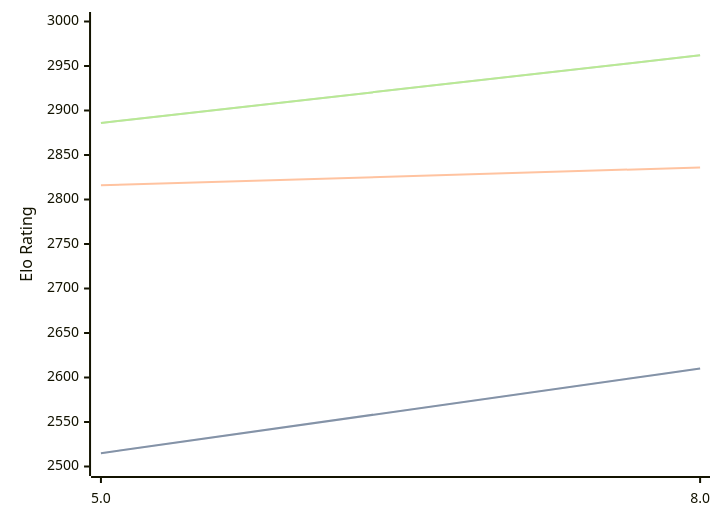
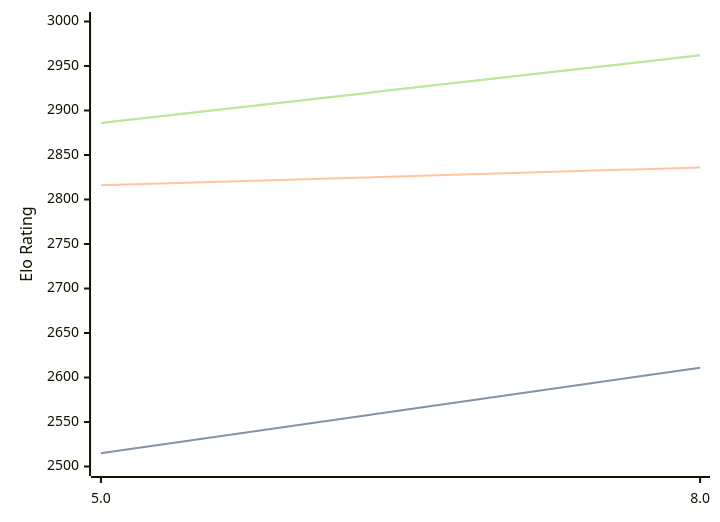
Before and after one commit to computer-chess-index/cci: the diagram in engines/4kc.md, drawn with Mermaid. The commit also changed other lines of this file, not shown here.

Commit message:
Update CCI Ratings (ELO VLTC) - 2026-04-06

````diff
--- a/engines/4kc.md
+++ b/engines/4kc.md
@@ -41,11 +41,11 @@
 ```mermaid
 %%{init: {"theme":"base","themeVariables":{"seriesColors:['#a3a3a3','#222221','#faa371']}}}%%
 xychart-beta
   x-axis ["5.0", "8.0"]
   y-axis "Elo Rating" 2500 --> 3000
-  line "STC (8.0+0.08s)" [2515, 2610]
-  line "STC (8.0+0.08s)" [2515, 2610]
+  line "STC (8.0+0.08s)" [2515, 2611]
+  line "STC (8.0+0.08s)" [2515, 2611]
   line "LTC (60.0+0.60s)" [2816, 2836]
   line "VLTC (2m24s+1.12s)" [2886, 2962]
   line "VLTC (2m24s+1.12s)" [2886, 2962]
 ```
````
